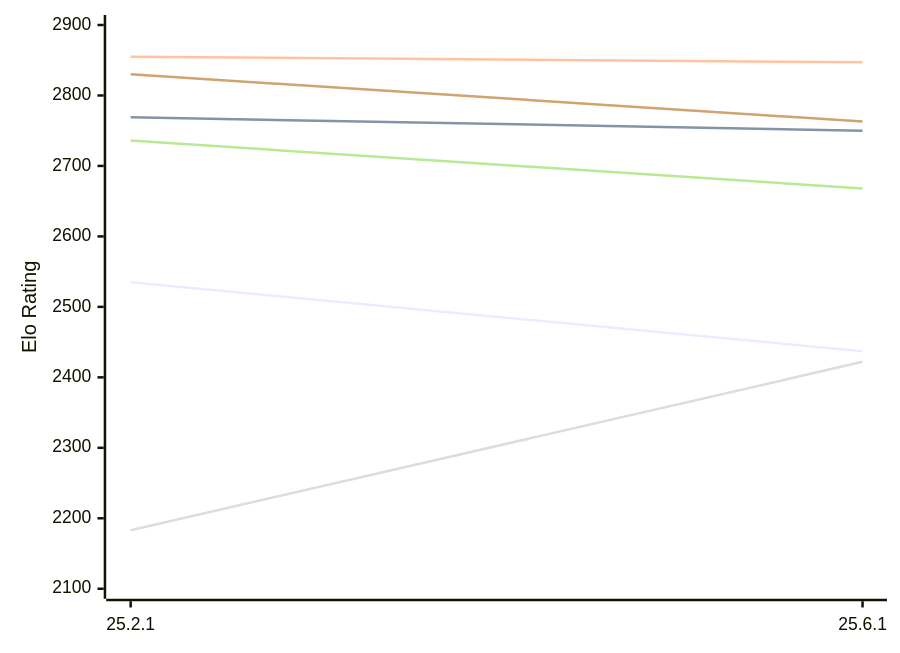
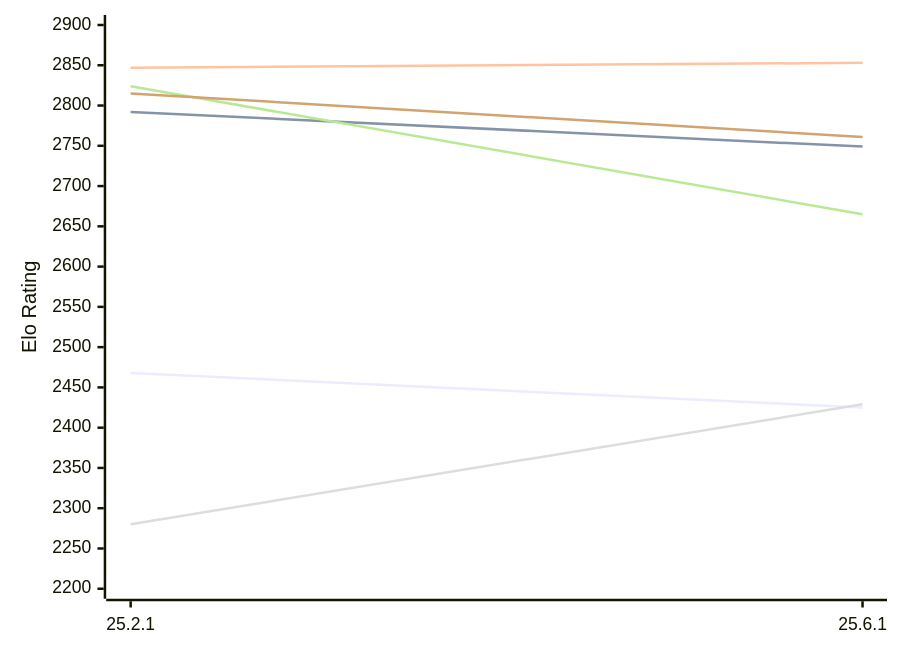
The first of 2 diagrams in engines/Crafty.md (computer-chess-index/cci), drawn with Mermaid before and after one commit. The commit also changed other lines of this file, not shown here.

Commit message:
Update CCI Ratings (ELO VLTC) - 2026-11-15

````diff
--- a/engines/Crafty.md
+++ b/engines/Crafty.md
@@ -50,12 +50,12 @@
 ```mermaid
 %%{init: {"theme":"base","themeVariables":{"seriesColors:['#a3a3a3','#222221','#faa371']}}}%%
 xychart-beta
   x-axis ["25.2.1", "25.6.1"]
-  y-axis "Elo Rating" 2100 --> 2900
-  line "E1: STC (8.0+0.08s)" [2535, 2437]
-  line "E1: LTC (60.0+0.60s)" [2769, 2750]
-  line "E1: VLTC (2m24s+1.12s)" [2855, 2847]
-  line "P1: STC (8.0+0.08s)" [2183, 2422]
-  line "P1: LTC (60.0+0.60s)" [2736, 2668]
-  line "P1: VLTC (2m24s+1.12s)" [2830, 2763]
+  y-axis "Elo Rating" 2200 --> 2900
+  line "E1: STC (8.0+0.08s)" [2468, 2425]
+  line "E1: LTC (60.0+0.60s)" [2792, 2749]
+  line "E1: VLTC (2m24s+1.12s)" [2847, 2853]
+  line "P1: STC (8.0+0.08s)" [2280, 2429]
+  line "P1: LTC (60.0+0.60s)" [2824, 2665]
+  line "P1: VLTC (2m24s+1.12s)" [2815, 2761]
 ```
````
